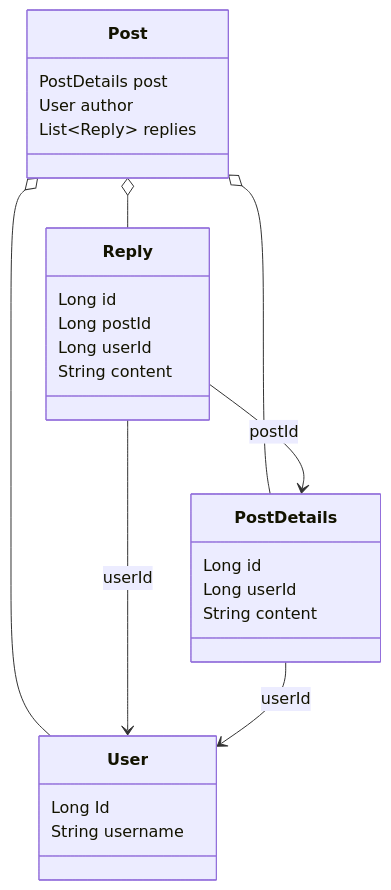
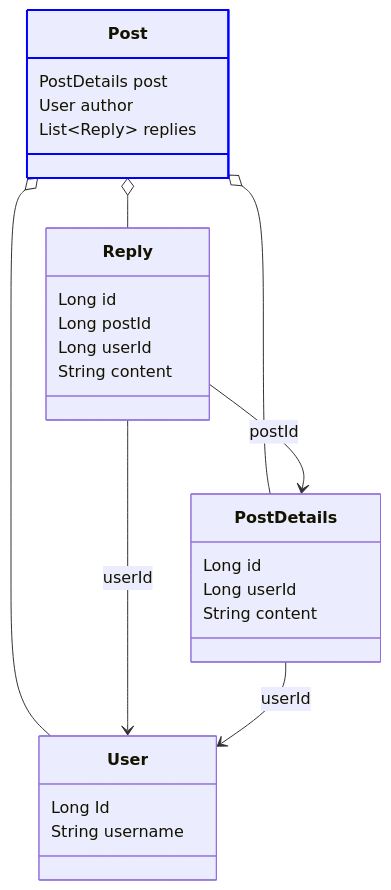
Before and after one commit to pellse/assembler: the second of 3 diagrams in README.md, drawn with Mermaid. The commit also changed other lines of this file, not shown here.

````diff
--- a/README.md
+++ b/README.md
@@ -148,34 +149,35 @@
 ```mermaid
 classDiagram
     class PostDetails {
         Long id
         Long userId
         String content
     }
 
     class User {
         Long Id
         String username
     }
 
     class Reply {
         Long id
         Long postId
         Long userId
         String content
     }
 
     class Post {
         PostDetails post
         User author
         List~Reply~ replies
     }
 
     Post o-- PostDetails
     Post o-- User
     Post o-- Reply
     Reply --> PostDetails : postId
     Reply --> User : userId
     PostDetails --> User : userId
 
+    style Post stroke:#0000FF, stroke-width:2px
 ```
````
